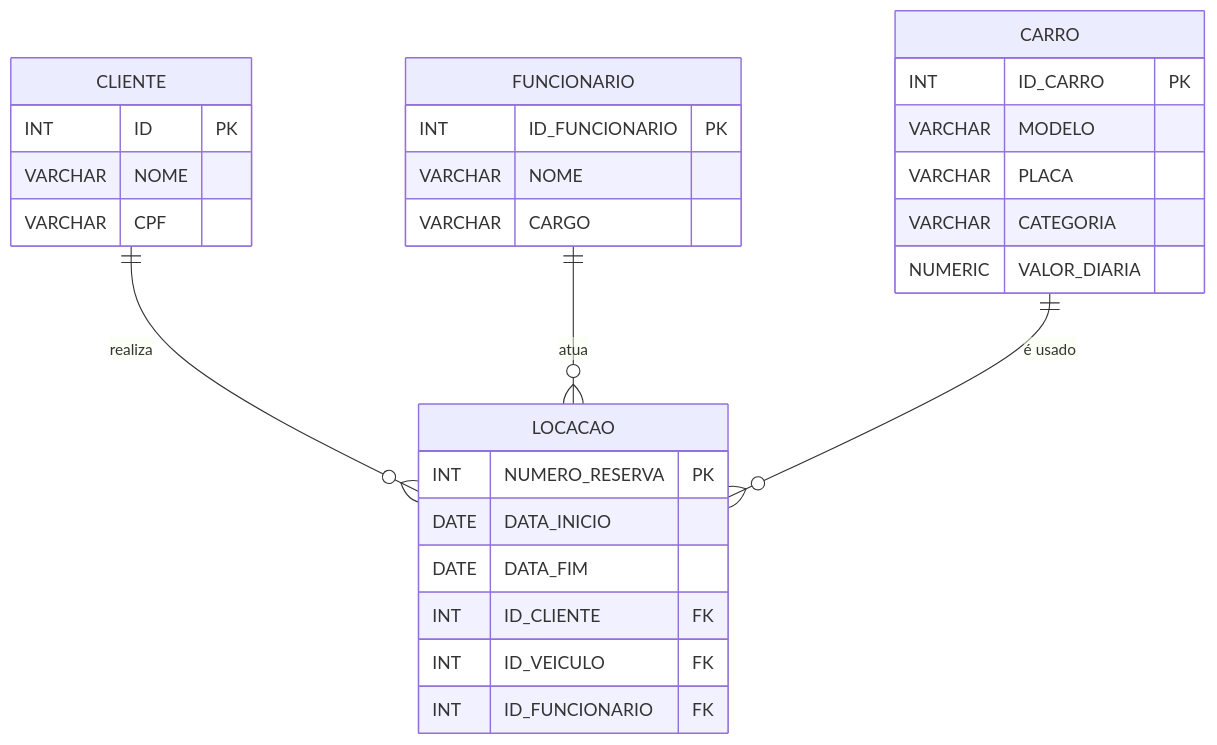
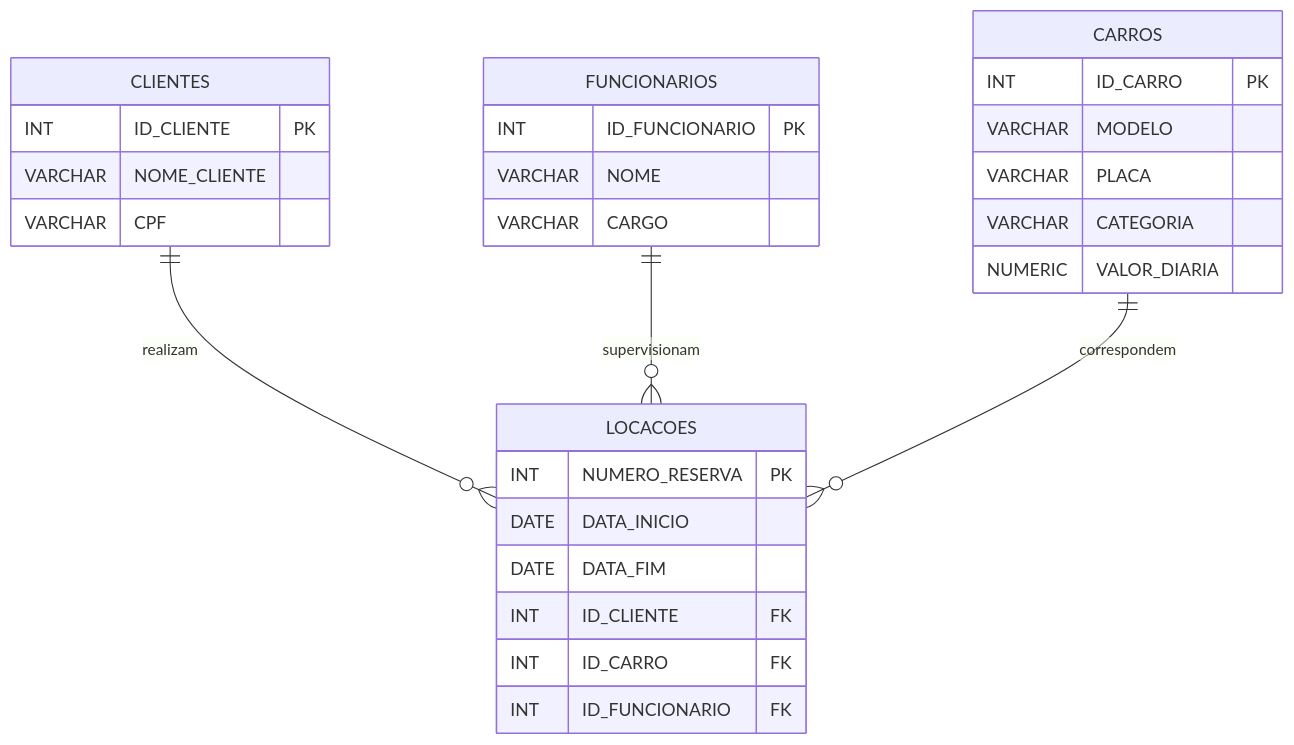
One commit to barzifelipe/car_rental_system changed the diagram in diagrams/diagrama.mmd. Above: the diagram before and after it, drawn with Mermaid. The commit also changed 1 other file, not shown here.

```diff
--- a/diagrams/diagrama.mmd
+++ b/diagrams/diagrama.mmd
@@ -1,33 +1,34 @@
 erDiagram
-    CLIENTE {
-        INT ID PK
-        VARCHAR NOME
+    CLIENTES {
+        INT ID_CLIENTE PK
+        VARCHAR NOME_CLIENTE
         VARCHAR CPF
     }
 
-    FUNCIONARIO {
+    FUNCIONARIOS {
         INT ID_FUNCIONARIO PK
         VARCHAR NOME
         VARCHAR CARGO
     }
 
-    CARRO {
+    CARROS {
         INT ID_CARRO PK
         VARCHAR MODELO
         VARCHAR PLACA
         VARCHAR CATEGORIA
         NUMERIC VALOR_DIARIA
     }
 
-    LOCACAO {
+    LOCACOES {
         INT NUMERO_RESERVA PK
         DATE DATA_INICIO
         DATE DATA_FIM
         INT ID_CLIENTE FK
-        INT ID_VEICULO FK
+        INT ID_CARRO FK
         INT ID_FUNCIONARIO FK
     }
 
-    CLIENTE ||--o{ LOCACAO : "realiza"
-    FUNCIONARIO ||--o{ LOCACAO : "atua "
-    CARRO ||--o{ LOCACAO : " é usado"
+  
+    CLIENTES ||--o{ LOCACOES : "realizam" 
+    FUNCIONARIOS ||--o{ LOCACOES: "supervisionam" 
+    CARROS ||--o{ LOCACOES: "correspondem "
```
